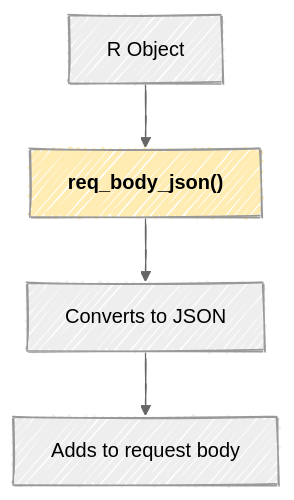
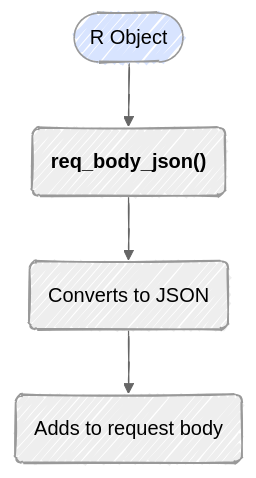
The third of 10 diagrams in r-app-api.qmd (mjfrigaard/do4ds-labs), drawn with Mermaid before and after one commit. The commit also changed other lines of this file and 18 other files, not shown here.

````diff
--- a/r-app-api.qmd
+++ b/r-app-api.qmd
@@ -338,13 +338,13 @@
 ```{mermaid}
 %%| fig-width: 6.5
 %%| fig-align: center
 %%{init: {'theme': 'neutral', 'look': 'handDrawn', 'themeVariables': { 'fontFamily': 'monospace'}}}%%
 
 graph TD
-	A[R Object] --> B["<strong>req_body_json()</strong>"]
-	B --> C["Converts to JSON"]
-	C --> D["Adds to request body"]
+	A(["R Object"]) --> B("<strong>req_body_json()</strong>")
+	B --> C("Converts to JSON")
+	C --> D("Adds to request body")
 
-style B fill:#ffecb3
+style A fill:#d8e4ff
 
 ```
````
